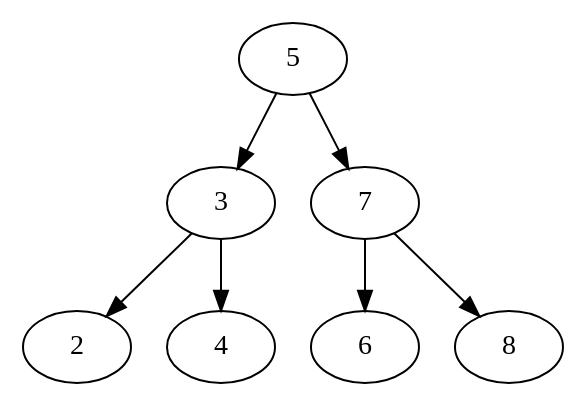
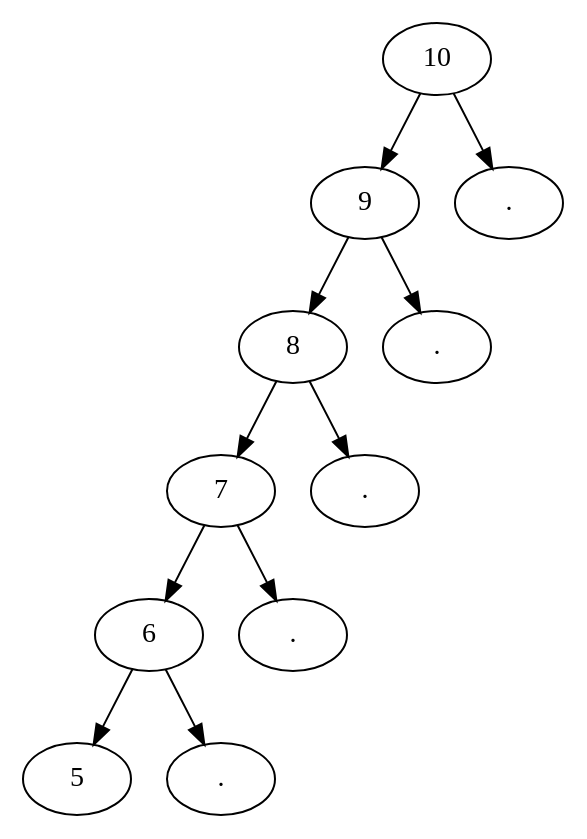
The diagram in COURS/M1/SEMESTRE2/ALGO/tree.dot (bros-bioinfo/bros-bioinfo.github.io), drawn with Graphviz before and after one commit. The commit also changed 13 other files, not shown here.

```diff
--- a/COURS/M1/SEMESTRE2/ALGO/tree.dot
+++ b/COURS/M1/SEMESTRE2/ALGO/tree.dot
@@ -1,17 +1,25 @@
 digraph G{
 	graph [ordering="out"];
-	n5 [ label="5" ];
-	n3 [ label="3" ];
-	n2 [ label="2" ];
-	n4 [ label="4" ];
+	n10 [ label="10" ];
+	n9 [ label="9" ];
+	n8 [ label="8" ];
 	n7 [ label="7" ];
 	n6 [ label="6" ];
-	n8 [ label="8" ];
+	n5 [ label="5" ];
+	null1 [ label="." ];
+	null2 [ label="." ];
+	null3 [ label="." ];
+	null4 [ label="." ];
+	null5 [ label="." ];
 
-	n5 -> n3;
-	n3 -> n2;
-	n3 -> n4;
-	n5 -> n7;
+	n10 -> n9;
+	n9 -> n8;
+	n8 -> n7;
 	n7 -> n6;
-	n7 -> n8;
+	n6 -> n5;
+	n6 -> null1;
+	n7 -> null2;
+	n8 -> null3;
+	n9 -> null4;
+	n10 -> null5;
 }
```
